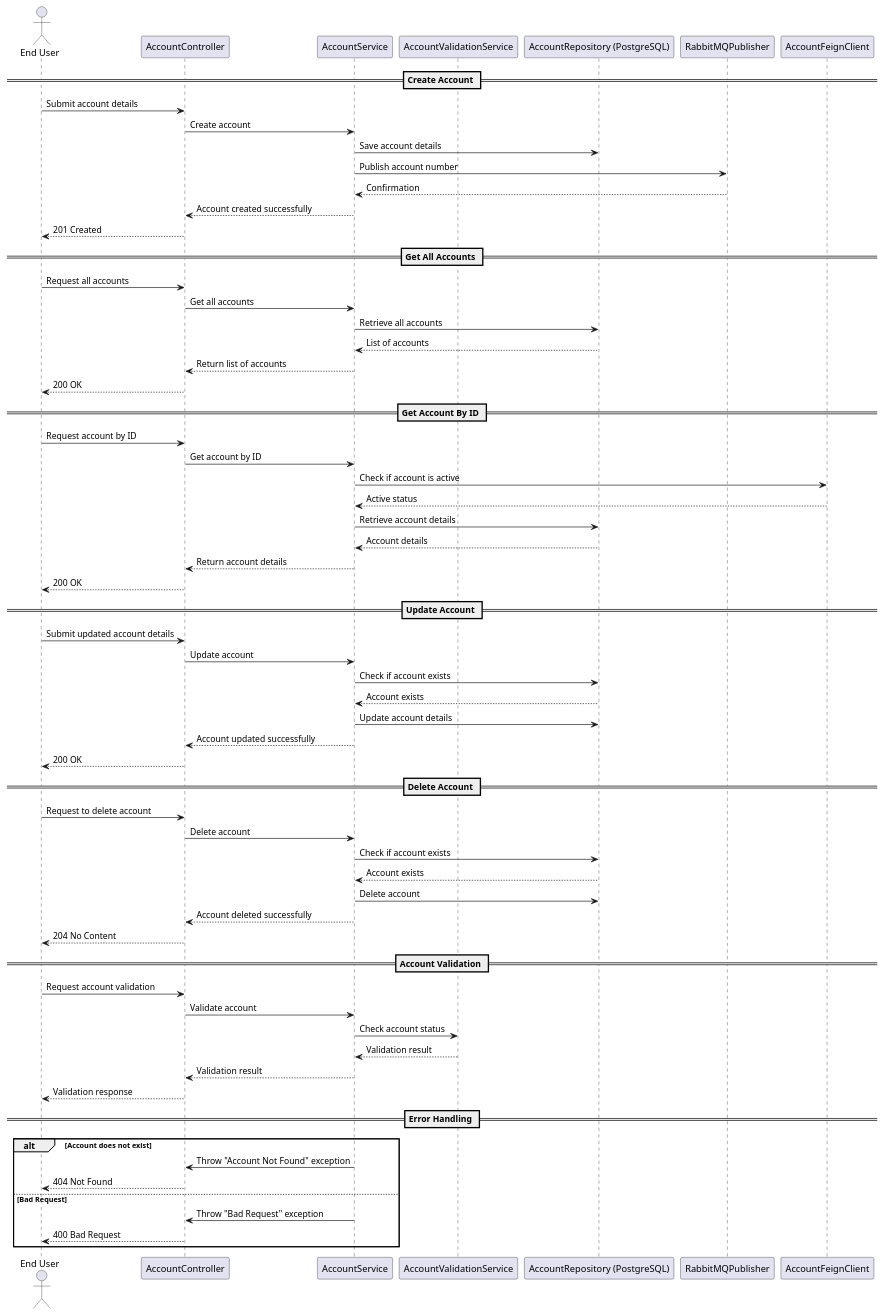
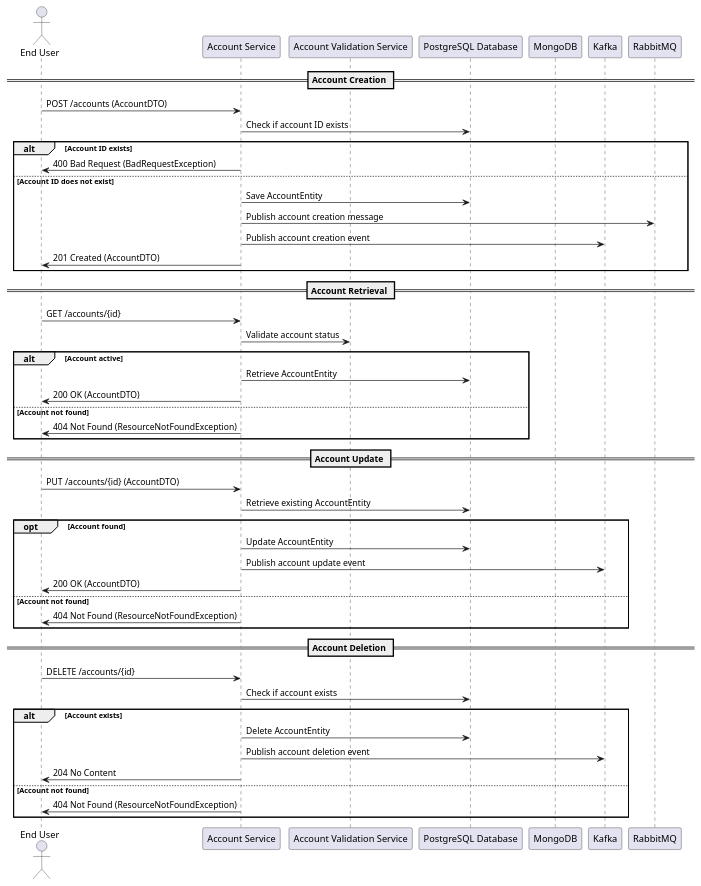
Before and after one commit to Bhaskar-Pavan/AccountService: the diagram in design_document/Account_service_demo123.md, drawn with PlantUML. The commit also changed other lines of this file, not shown here.

````diff
--- a/design_document/Account_service_demo123.md
+++ b/design_document/Account_service_demo123.md
@@ -37,74 +37,56 @@
 ```plantuml
 @startuml
 actor "End User" as User
-participant "AccountController" as Controller
-participant "AccountService" as Service
-participant "AccountValidationService" as ValidationService
-participant "AccountRepository (PostgreSQL)" as PostgreSQL
-participant "RabbitMQPublisher" as RabbitMQ
-participant "AccountFeignClient" as FeignClient
+participant "Account Service" as Service
+participant "Account Validation Service" as ValidationService
+participant "PostgreSQL Database" as PostgreSQL
+participant "MongoDB" as MongoDB
+participant "Kafka" as Kafka
+participant "RabbitMQ" as RabbitMQ
 
-== Create Account ==
-User -> Controller : Submit account details
-Controller -> Service : Create account
-Service -> PostgreSQL : Save account details
-Service -> RabbitMQ : Publish account number
-RabbitMQ --> Service : Confirmation
-Service --> Controller : Account created successfully
-Controller --> User : 201 Created
+== Account Creation ==
+User -> Service: POST /accounts (AccountDTO)
+Service -> PostgreSQL: Check if account ID exists
+alt Account ID exists
+    Service -> User: 400 Bad Request (BadRequestException)
+else Account ID does not exist
+    Service -> PostgreSQL: Save AccountEntity
+    Service -> RabbitMQ: Publish account creation message
+    Service -> Kafka: Publish account creation event
+    Service -> User: 201 Created (AccountDTO)
+end
 
-== Get All Accounts ==
-User -> Controller : Request all accounts
-Controller -> Service : Get all accounts
-Service -> PostgreSQL : Retrieve all accounts
-PostgreSQL --> Service : List of accounts
-Service --> Controller : Return list of accounts
-Controller --> User : 200 OK
+== Account Retrieval ==
+User -> Service: GET /accounts/{id}
+Service -> ValidationService: Validate account status
+alt Account active
+    Service -> PostgreSQL: Retrieve AccountEntity
+    Service -> User: 200 OK (AccountDTO)
+else Account not found
+    Service -> User: 404 Not Found (ResourceNotFoundException)
+end
 
-== Get Account By ID ==
-User -> Controller : Request account by ID
-Controller -> Service : Get account by ID
-Service -> FeignClient : Check if account is active
-FeignClient --> Service : Active status
-Service -> PostgreSQL : Retrieve account details
-PostgreSQL --> Service : Account details
-Service --> Controller : Return account details
-Controller --> User : 200 OK
+== Account Update ==
+User -> Service: PUT /accounts/{id} (AccountDTO)
+Service -> PostgreSQL: Retrieve existing AccountEntity
+opt Account found
+    Service -> PostgreSQL: Update AccountEntity
+    Service -> Kafka: Publish account update event
+    Service -> User: 200 OK (AccountDTO)
+else Account not found
+    Service -> User: 404 Not Found (ResourceNotFoundException)
+end
 
-== Update Account ==
-User -> Controller : Submit updated account details
-Controller -> Service : Update account
-Service -> PostgreSQL : Check if account exists
-PostgreSQL --> Service : Account exists
-Service -> PostgreSQL : Update account details
-Service --> Controller : Account updated successfully
-Controller --> User : 200 OK
-
-== Delete Account ==
-User -> Controller : Request to delete account
-Controller -> Service : Delete account
-Service -> PostgreSQL : Check if account exists
-PostgreSQL --> Service : Account exists
-Service -> PostgreSQL : Delete account
-Service --> Controller : Account deleted successfully
-Controller --> User : 204 No Content
-
-== Account Validation ==
-User -> Controller : Request account validation
-Controller -> Service : Validate account
-Service -> ValidationService : Check account status
-ValidationService --> Service : Validation result
-Service --> Controller : Validation result
-Controller --> User : Validation response
-
-== Error Handling ==
-alt Account does not exist
-    Service -> Controller : Throw "Account Not Found" exception
-    Controller --> User : 404 Not Found
-else Bad Request
-    Service -> Controller : Throw "Bad Request" exception
-    Controller --> User : 400 Bad Request
+== Account Deletion ==
+User -> Service: DELETE /accounts/{id}
+Service -> PostgreSQL: Check if account exists
+alt Account exists
+    Service -> PostgreSQL: Delete AccountEntity
+    Service -> Kafka: Publish account deletion event
+    Service -> User: 204 No Content
+else Account not found
+    Service -> User: 404 Not Found (ResourceNotFoundException)
 end
 
 @enduml
 ```
````
